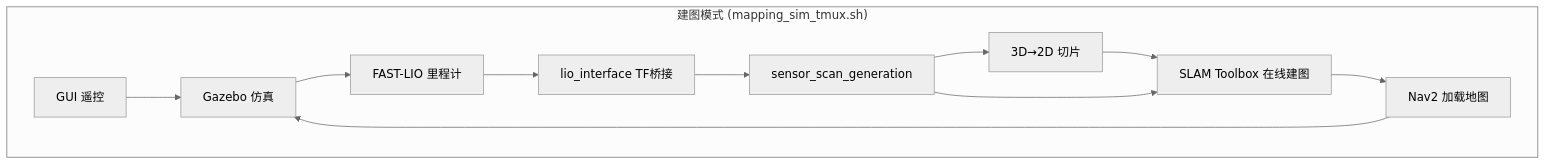
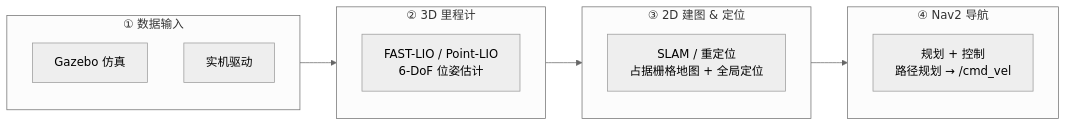
The first of 7 diagrams in docs/arch_detail.md (JunJie1213855/LIO_Nav2_ROS2), drawn with Mermaid (neutral theme) before and after one commit. The commit also changed other lines of this file and 14 other files, not shown here.

````diff
--- a/docs/arch_detail.md
+++ b/docs/arch_detail.md
@@ -94,23 +11,18 @@
 ```mermaid
-flowchart TD
-    subgraph MAP["建图模式 (mapping_sim_tmux.sh)"]
-        GUI1["GUI 遥控"]
-        GAZ1["Gazebo 仿真"]
-        F1["FAST-LIO 里程计"]
-        L1["lio_interface TF桥接"]
-        S1["sensor_scan_generation"]
-        P1["3D→2D 切片"]
-        SLAM["SLAM Toolbox 在线建图"]
-        N1["Nav2 加载地图"]
+flowchart LR
+    subgraph L1["① 数据输入"]
+        SIM["Gazebo 仿真"]
+        REAL["实机驱动"]
+    end
+    subgraph L2["② 3D 里程计"]
+        LIO["FAST-LIO / Point-LIO<br/>6-DoF 位姿估计"]
+    end
+    subgraph L3["③ 2D 建图 & 定位"]
+        SLAM["SLAM / 重定位<br/>占据栅格地图 + 全局定位"]
+    end
+    subgraph L4["④ Nav2 导航"]
+        NAV["规划 + 控制<br/>路径规划 → /cmd_vel"]
+    end
 
-        GAZ1 --> F1
-        F1 --> L1
-        L1 --> S1
-        S1 --> P1
-        P1 --> SLAM
-        S1 --> SLAM
-        SLAM --> N1
-        N1 --> GAZ1
-        GUI1 --> GAZ1
-    end
+    L1 --> L2 --> L3 --> L4
 ```
````
